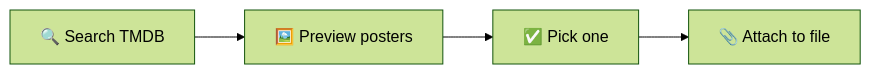
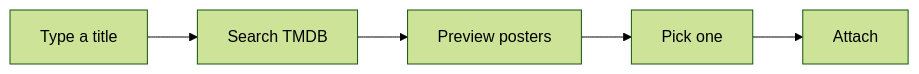
One commit to dougbug589/mak-attatch changed the diagram in README.md. Above: the diagram before and after it, drawn with Mermaid (forest theme). The commit also changed other lines of this file, not shown here.

Commit message:
Switch README to same-words restyle: catppuccin palette, mermaid flow, centered tables

````diff
--- a/README.md
+++ b/README.md
@@ -22,6 +64,7 @@
 ```mermaid
 flowchart LR
-    A[🔍 Search TMDB] --> B[🖼️ Preview posters]
-    B --> C[✅ Pick one]
-    C --> D[📎 Attach to file]
+    A[Type a title] --> B[Search TMDB]
+    B --> C[Preview posters]
+    C --> D[Pick one]
+    D --> E[Attach]
 ```
````
